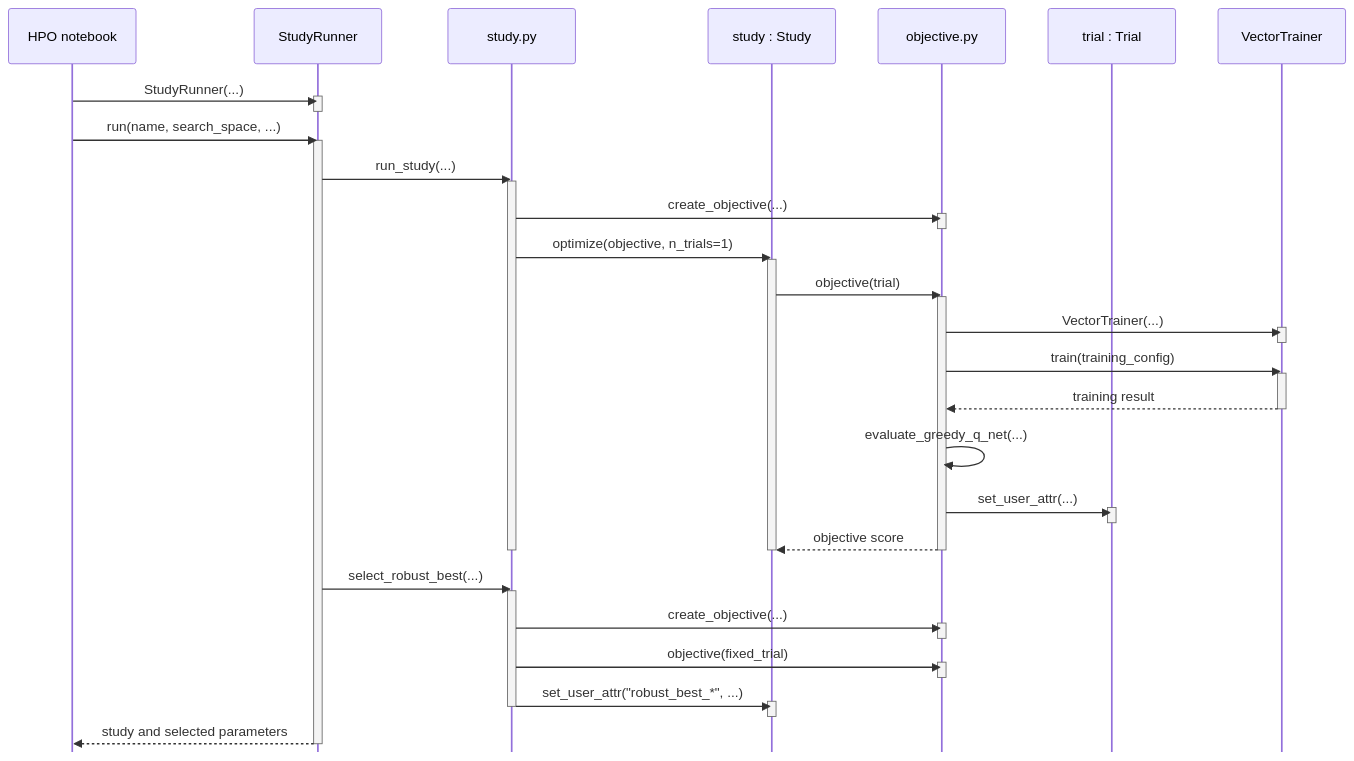
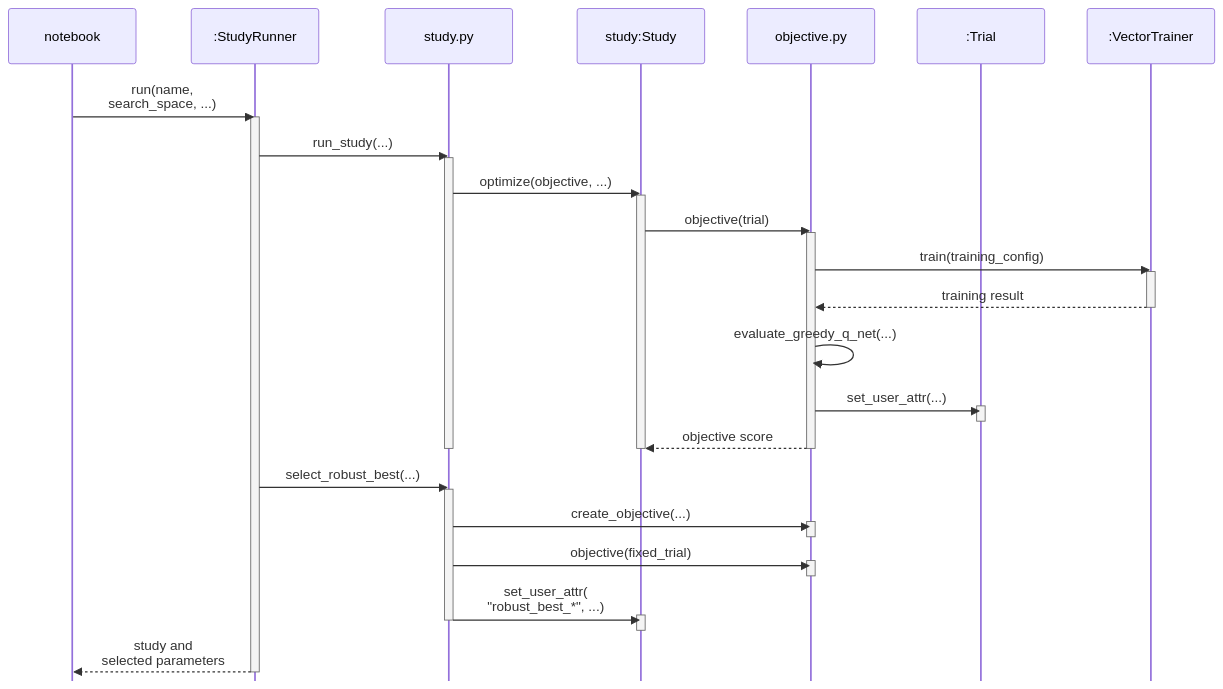
The diagram in hpo/sequence_diagram.md (miwehle/rl_lab), drawn with Mermaid before and after one commit.

````diff
--- a/hpo/sequence_diagram.md
+++ b/hpo/sequence_diagram.md
@@ -1,59 +1,50 @@
 ```mermaid
 %%{init: {"sequence": {"mirrorActors": false}}}%%
 sequenceDiagram
-    participant notebook as HPO notebook
-    participant runner as StudyRunner
+    participant notebook as notebook
+    participant runner as :StudyRunner
     participant study_module as study.py
-    participant study as study : Study
+    participant study as study:Study
     participant objective as objective.py
-    participant trial as trial : Trial
-    participant trainer as VectorTrainer
+    participant trial as :Trial
+    participant trainer as :VectorTrainer
 
-    notebook->>runner: StudyRunner(...)
-    activate runner
-    deactivate runner
-    notebook->>runner: run(name, search_space, ...)
+    notebook->>runner: run(name, <br/>search_space, ...)
     activate runner
     runner->>study_module: run_study(...)
     activate study_module
-    study_module->>objective: create_objective(...)
-    activate objective
-    deactivate objective
 
-    study_module->>study: optimize(objective, n_trials=1)
+    study_module->>study: optimize(objective, ...)
     activate study
     study->>objective: objective(trial)
     activate objective
-    objective->>trainer: VectorTrainer(...)
-    activate trainer
-    deactivate trainer
     objective->>trainer: train(training_config)
     activate trainer
     trainer-->>objective: training result
     deactivate trainer
     objective->>objective: evaluate_greedy_q_net(...)
     objective->>trial: set_user_attr(...)
     activate trial
     deactivate trial
     objective-->>study: objective score
     deactivate objective
     deactivate study
     deactivate study_module
 
     runner->>study_module: select_robust_best(...)
     activate study_module
     study_module->>objective: create_objective(...)
     activate objective
     deactivate objective
     study_module->>objective: objective(fixed_trial)
     activate objective
     deactivate objective
-    study_module->>study: set_user_attr("robust_best_*", ...)
+    study_module->>study: set_user_attr(<br/>"robust_best_*", ...)
     activate study
     deactivate study
     deactivate study_module
 
-    runner-->>notebook: study and selected parameters
+    runner-->>notebook: study and <br/>selected parameters
     deactivate runner
 
 ```
````
